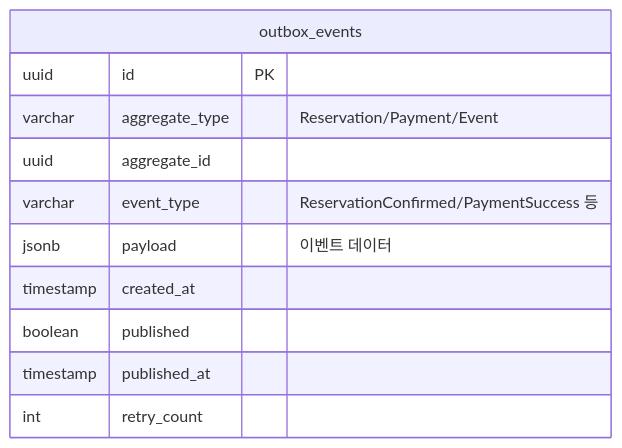
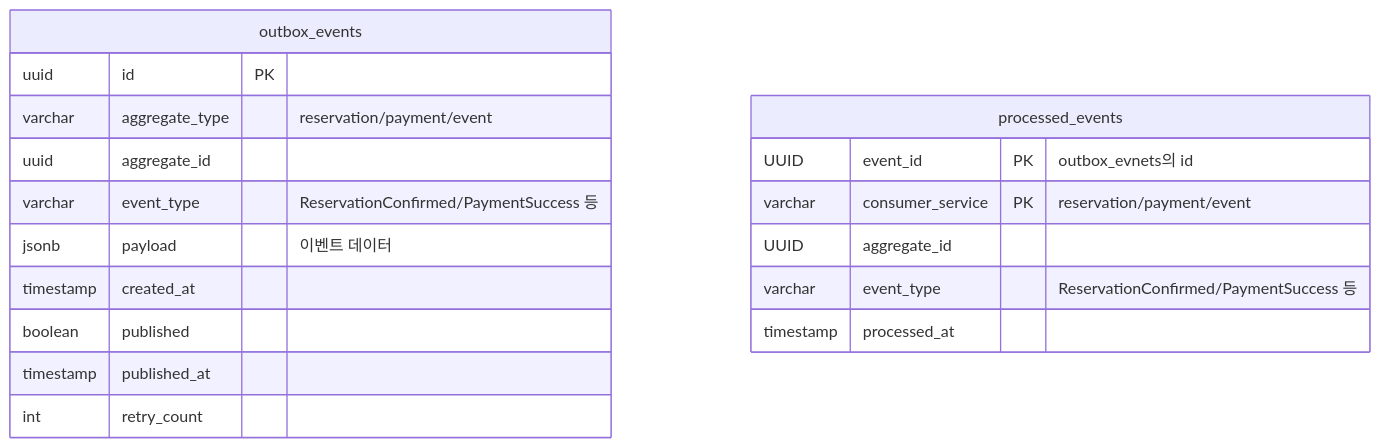
Before and after one commit to paircoders/ticket-queue: the fifth of 5 diagrams in docs/architecture/04_data.md, drawn with Mermaid. The commit also changed other lines of this file, not shown here.

````diff
--- a/docs/architecture/04_data.md
+++ b/docs/architecture/04_data.md
@@ -874,14 +875,22 @@
 ```mermaid
 erDiagram
     outbox_events {
         uuid id PK
-        varchar aggregate_type "Reservation/Payment/Event"
+        varchar aggregate_type "reservation/payment/event"
         uuid aggregate_id
         varchar event_type "ReservationConfirmed/PaymentSuccess 등"
         jsonb payload "이벤트 데이터"
         timestamp created_at
         boolean published
         timestamp published_at
         int retry_count
     }
+    
+    processed_events {
+        UUID event_id PK "outbox_evnets의 id"
+        varchar consumer_service PK "reservation/payment/event"
+        UUID aggregate_id
+        varchar event_type "ReservationConfirmed/PaymentSuccess 등"
+        timestamp processed_at
+    }
 ```
````
